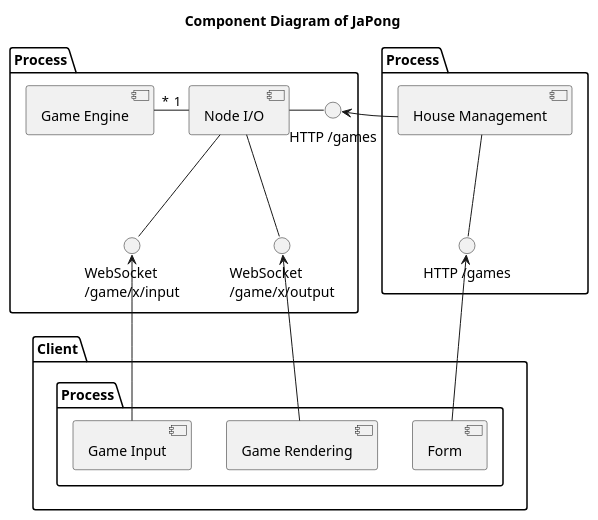
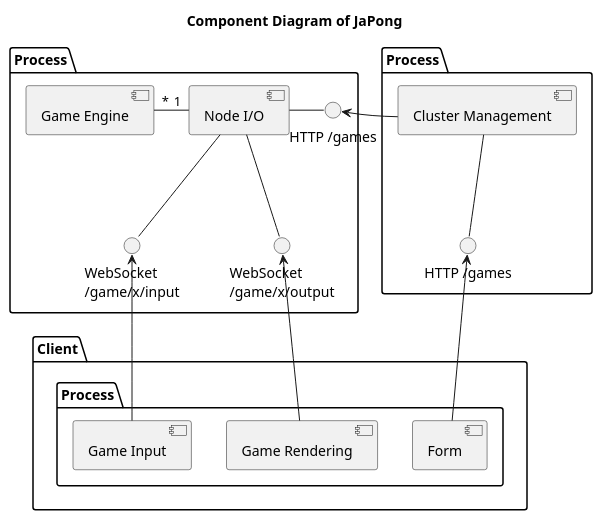
The diagram in uml/component.plantuml (uztbt/japong-design), drawn with PlantUML before and after one commit. The commit also changed 3 other files, not shown here.

Commit message:
Update deployment diagram

```diff
--- a/uml/component.plantuml
+++ b/uml/component.plantuml
@@ -1,30 +1,30 @@
 @startuml
 
 title "Component Diagram of JaPong"
 
 folder "Process" as gameManagementProcess {
     [Game Engine]
     [Game Engine] "*" - "1" [Node I/O]
     interface "HTTP /games" as NodeIOIF
     [Node I/O] - NodeIOIF
     interface "WebSocket\n/game/x/input" as GameInputIF
     [Node I/O] -- GameInputIF
     interface "WebSocket\n/game/x/output" as GameOutputIF
     [Node I/O] -- GameOutputIF
 }
 folder "Process" as roomManagementProcess {
-    [House Management]
-    interface "HTTP /games" as HouseManagementIF
-    [House Management] -- HouseManagementIF
-    NodeIOIF <- [House Management]
+    [Cluster Management]
+    interface "HTTP /games" as ClusterManagementIF
+    [Cluster Management] -- ClusterManagementIF
+    NodeIOIF <- [Cluster Management]
 }
 
 package Client {
     folder "Process" as clientProcess {
-        [Form] -up-> HouseManagementIF
+        [Form] -up-> ClusterManagementIF
         [Game Rendering] -up-> GameOutputIF
         [Game Input] -up-> GameInputIF
     }
 }
 
 @enduml
```
